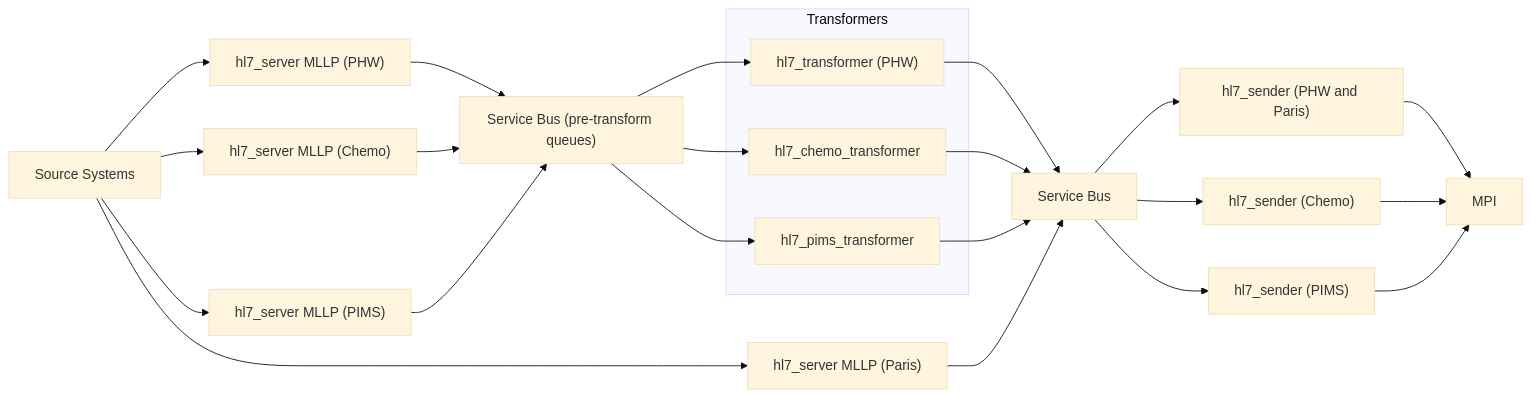
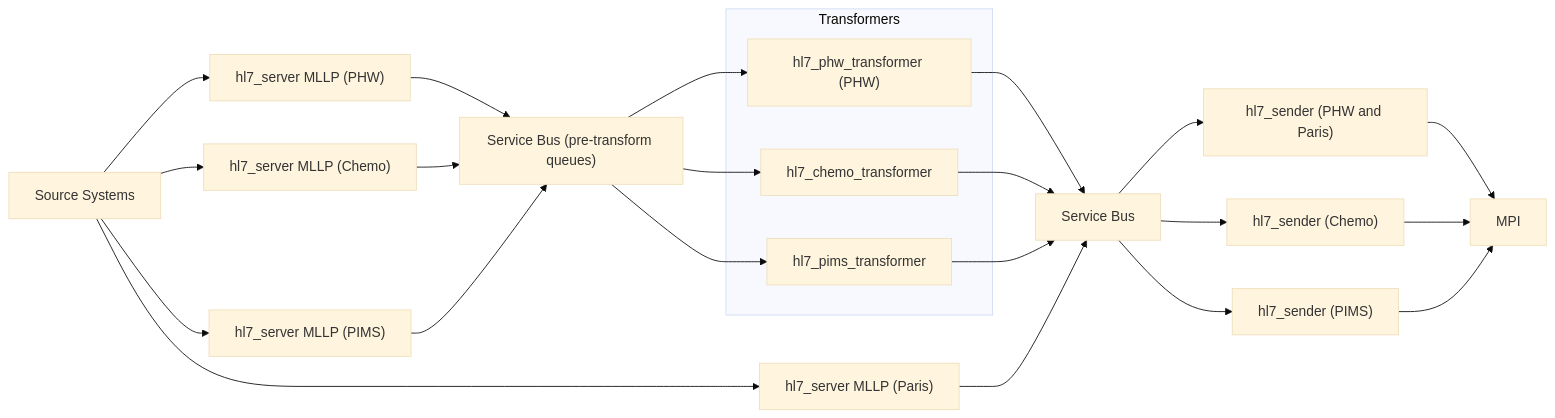
The diagram in README.md (DHCW-Digital-Health-and-Care-Wales/Integration-Hub-Beta), drawn with Mermaid (base theme) before and after one commit. The commit also changed other lines of this file and 20 other files, not shown here.

Commit message:
Refactor HL7 Transformer to hl7_phw_transformer

````diff
--- a/README.md
+++ b/README.md
@@ -52,34 +52,34 @@
 ```mermaid
 flowchart LR
   Source[Source Systems] --> HL7_PHW["hl7_server MLLP (PHW)"]
   Source --> HL7_PARIS["hl7_server MLLP (Paris)"]
   Source --> HL7_CHEMO["hl7_server MLLP (Chemo)"]
   Source --> HL7_PIMS["hl7_server MLLP (PIMS)"]
 
   HL7_PHW --> SB["Service Bus (pre-transform queues)"]
   HL7_CHEMO --> SB
   HL7_PIMS --> SB
 
   subgraph Transformers
-    T_PHW["hl7_transformer (PHW)"]
+    T_PHW["hl7_phw_transformer (PHW)"]
     T_CHEMO["hl7_chemo_transformer"]
     T_PIMS["hl7_pims_transformer"]
   end
 
   SB --> T_PHW
   SB --> T_CHEMO
   SB --> T_PIMS
 
   T_PHW --> SB2["Service Bus"]
   T_CHEMO --> SB2
   T_PIMS --> SB2
 
   HL7_PARIS --> SB2
   SB2 --> SENDER["hl7_sender (PHW and Paris)"]
   SB2 --> CHEMO_SENDER["hl7_sender (Chemo)"]
   SB2 --> PIMS_SENDER["hl7_sender (PIMS)"]
 
   SENDER --> MPI["MPI"]
   CHEMO_SENDER --> MPI
   PIMS_SENDER --> MPI
 ```
````
